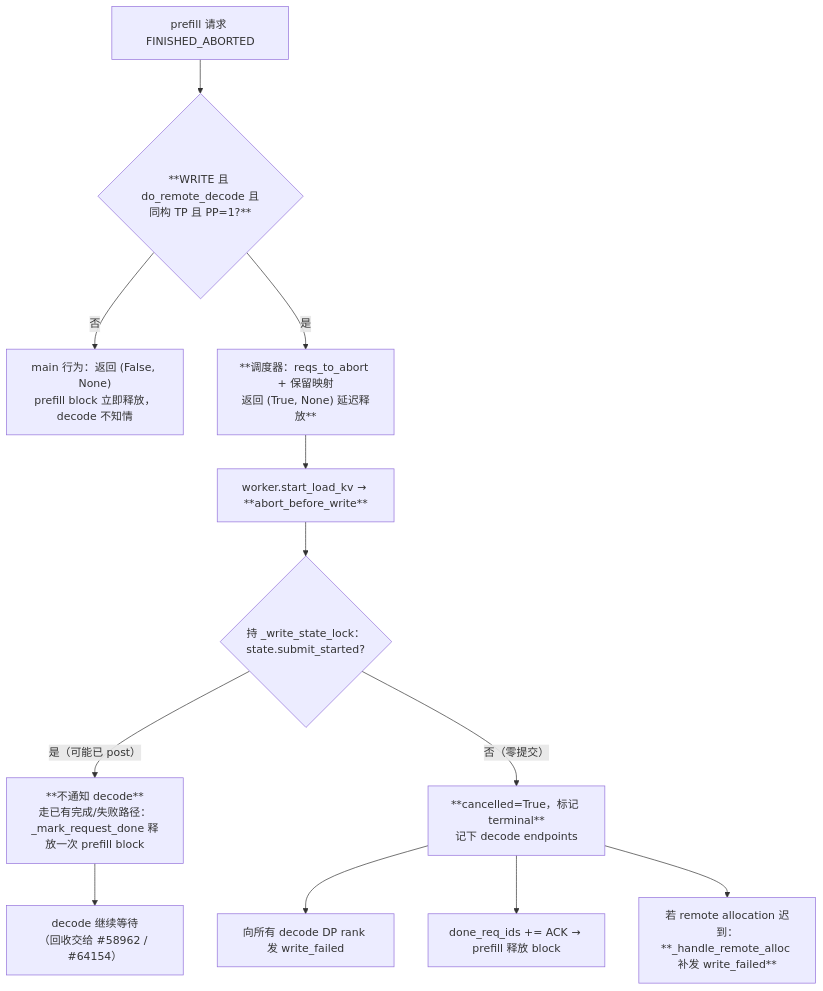
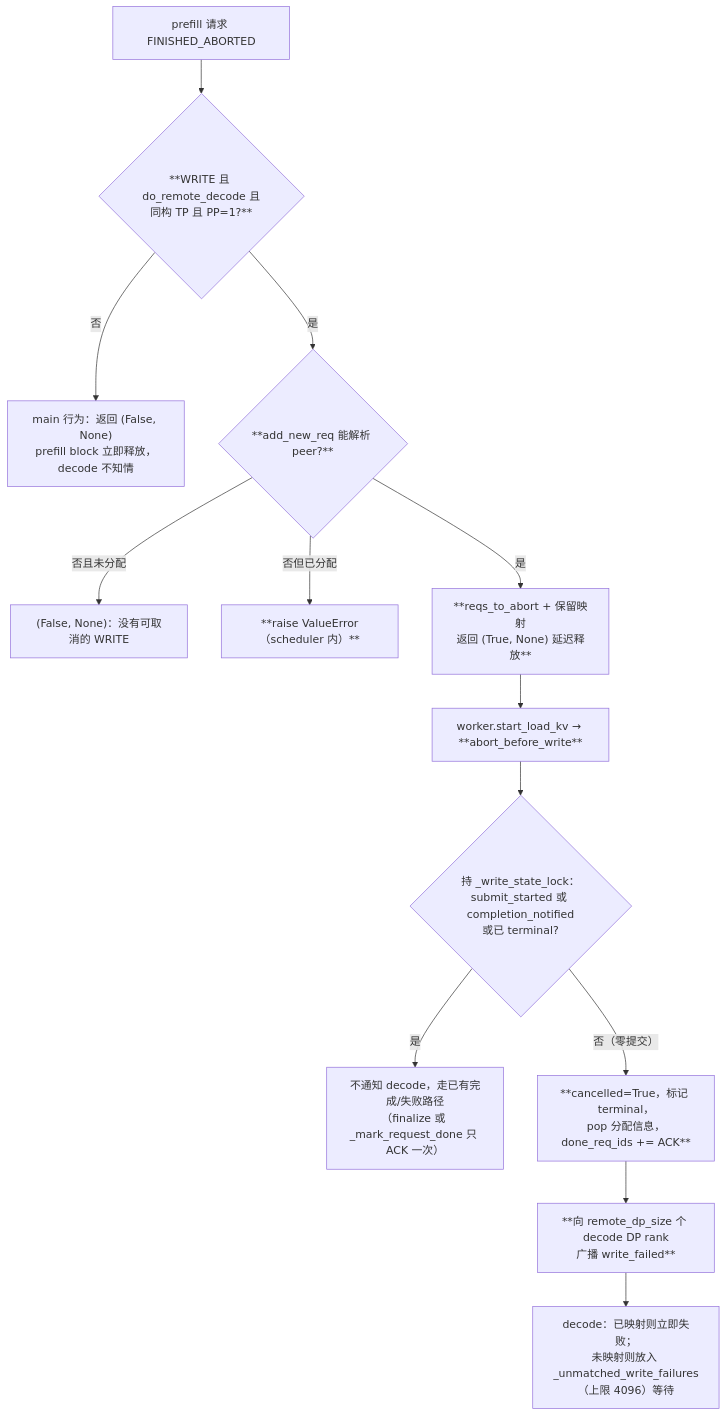
One commit to shen-shanshan/vllm-dev-skills changed the first of 2 diagrams in skills/vllm-rocm-pr-review/outputs/pr-60852-review.md. Above: the diagram before and after it, drawn with Mermaid. The commit also changed other lines of this file and 2 other files, not shown here.

````diff
--- a/skills/vllm-rocm-pr-review/outputs/pr-60852-review.md
+++ b/skills/vllm-rocm-pr-review/outputs/pr-60852-review.md
@@ -47,14 +49,15 @@
 ```mermaid
 flowchart TD
     A[prefill 请求 FINISHED_ABORTED] --> B{"**WRITE 且 do_remote_decode 且<br/>同构 TP 且 PP=1?**"}
     B -- 否 --> M["main 行为：返回 (False, None)<br/>prefill block 立即释放，decode 不知情"]
-    B -- 是 --> C["**调度器：reqs_to_abort + 保留映射<br/>返回 (True, None) 延迟释放**"]
+    B -- 是 --> P{"**add_new_req 能解析 peer?**"}
+    P -- "否且未分配" --> M2["(False, None)：没有可取消的 WRITE"]
+    P -- "否但已分配" --> X["**raise ValueError（scheduler 内）**"]
+    P -- 是 --> C["**reqs_to_abort + 保留映射<br/>返回 (True, None) 延迟释放**"]
     C --> D["worker.start_load_kv → **abort_before_write**"]
-    D --> E{"持 _write_state_lock：<br/>state.submit_started?"}
-    E -- "是（可能已 post）" --> F["**不通知 decode**<br/>走已有完成/失败路径：<br/>_mark_request_done 释放一次 prefill block"]
-    E -- "否（零提交）" --> G["**cancelled=True，标记 terminal**<br/>记下 decode endpoints"]
-    G --> H["向所有 decode DP rank 发 write_failed"]
-    G --> I["done_req_ids += ACK → prefill 释放 block"]
-    G --> J["若 remote allocation 迟到：<br/>**_handle_remote_alloc 补发 write_failed**"]
-    F --> K["decode 继续等待<br/>（回收交给 #58962 / #64154）"]
+    D --> E{"持 _write_state_lock：<br/>submit_started 或 completion_notified<br/>或已 terminal?"}
+    E -- 是 --> F["不通知 decode，走已有完成/失败路径<br/>（finalize 或 _mark_request_done 只 ACK 一次）"]
+    E -- 否（零提交） --> G["**cancelled=True，标记 terminal，<br/>pop 分配信息，done_req_ids += ACK**"]
+    G --> H["**向 remote_dp_size 个 decode DP rank<br/>广播 write_failed**"]
+    H --> I["decode：已映射则立即失败；<br/>未映射则放入 _unmatched_write_failures（上限 4096）等待"]
 ```
````
